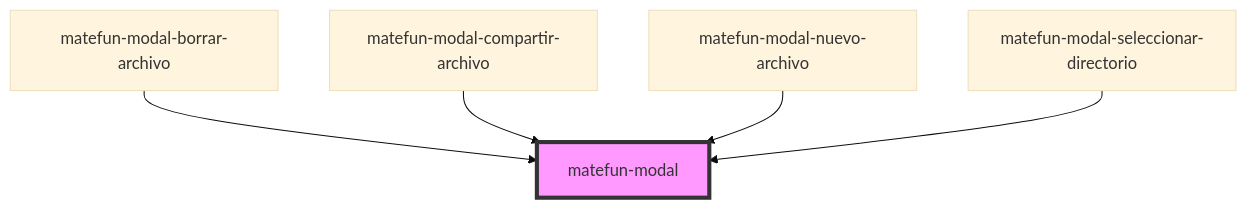
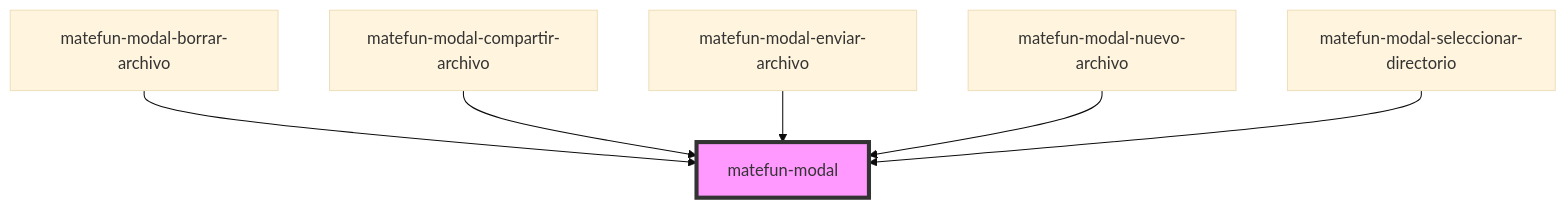
Before and after one commit to ncamera/matefun-components: the diagram in src/components/modal/readme.md, drawn with Mermaid (base theme). The commit also changed other lines of this file and 11 other files, not shown here.

First line of the commit message:
Se agrega modal-enviar-archivo

````diff
--- a/src/components/modal/readme.md
+++ b/src/components/modal/readme.md
@@ -50,8 +51,9 @@
 ```mermaid
 graph TD;
   matefun-modal-borrar-archivo --> matefun-modal
   matefun-modal-compartir-archivo --> matefun-modal
+  matefun-modal-enviar-archivo --> matefun-modal
   matefun-modal-nuevo-archivo --> matefun-modal
   matefun-modal-seleccionar-directorio --> matefun-modal
   style matefun-modal fill:#f9f,stroke:#333,stroke-width:4px
 ```
````
